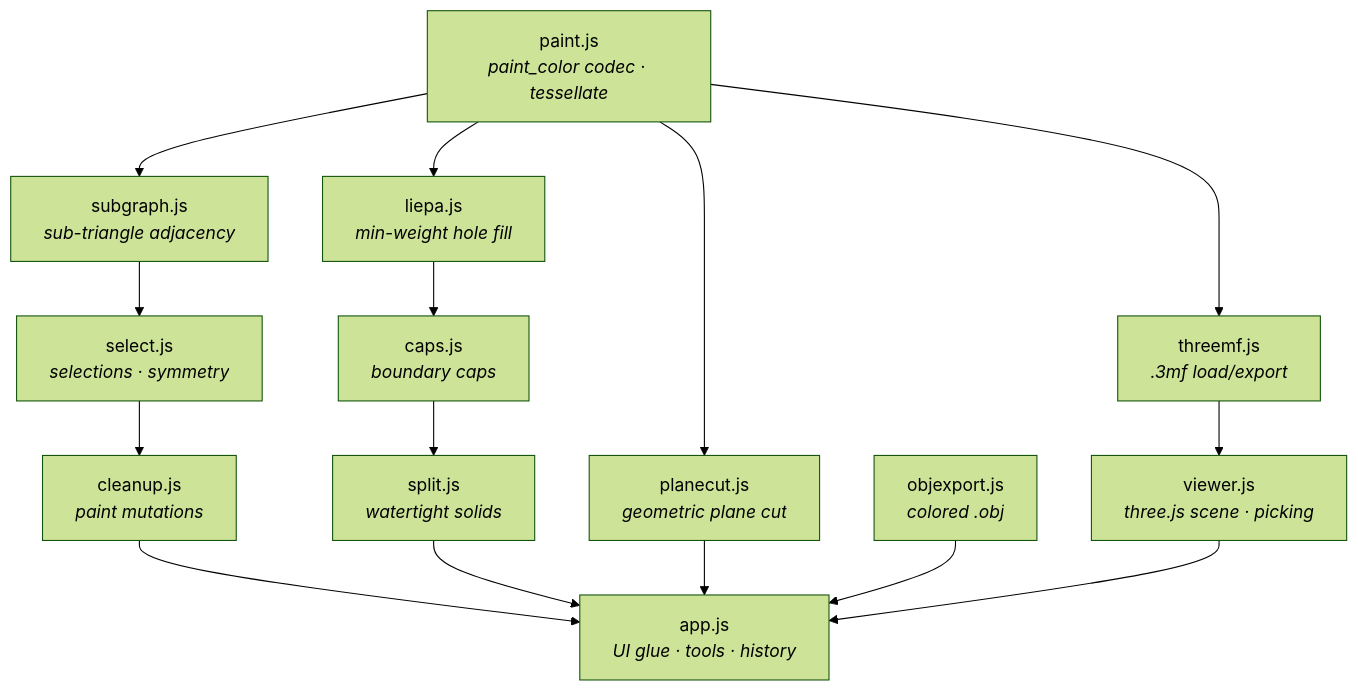
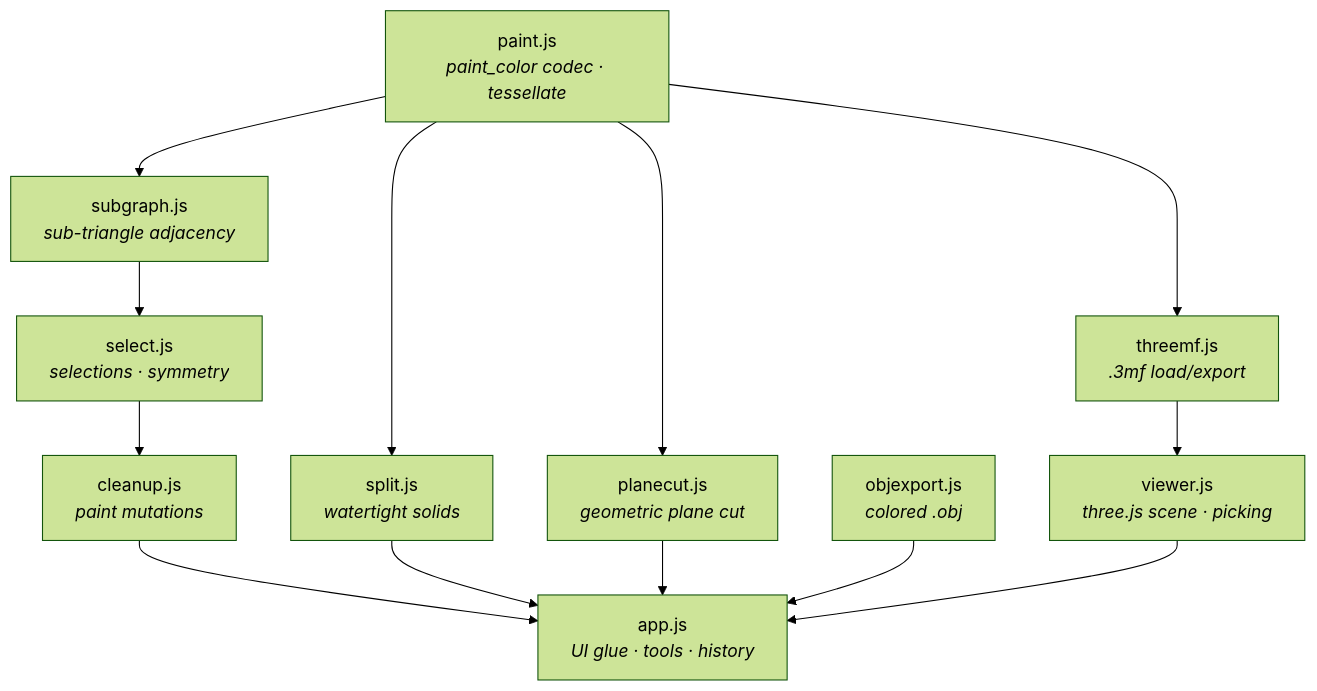
Before and after one commit to KuroTsubasa1/Irodori: the second of 2 diagrams in README.md, drawn with Mermaid (forest theme). The commit also changed other lines of this file and 9 other files, not shown here.

Commit message:
refactor: drop the dead cap pipeline (caps/liepa) and Cap-method UI; docs for the skin plug

````diff
--- a/README.md
+++ b/README.md
@@ -144,27 +144,25 @@
 ```mermaid
 graph TD
     paint["paint.js<br/><i>paint_color codec · tessellate</i>"]
     objexport["objexport.js<br/><i>colored .obj</i>"]
     threemf["threemf.js<br/><i>.3mf load/export</i>"]
     subgraph_["subgraph.js<br/><i>sub-triangle adjacency</i>"]
     select["select.js<br/><i>selections · symmetry</i>"]
     cleanup["cleanup.js<br/><i>paint mutations</i>"]
-    liepa["liepa.js<br/><i>min-weight hole fill</i>"]
-    caps["caps.js<br/><i>boundary caps</i>"]
     split["split.js<br/><i>watertight solids</i>"]
     planecut["planecut.js<br/><i>geometric plane cut</i>"]
     viewer["viewer.js<br/><i>three.js scene · picking</i>"]
     app["app.js<br/><i>UI glue · tools · history</i>"]
 
     paint --> threemf
     paint --> subgraph_
     subgraph_ --> select --> cleanup
-    paint --> liepa --> caps --> split
+    paint --> split
     paint --> planecut
     threemf --> viewer
     cleanup --> app
     split --> app
     planecut --> app
     objexport --> app
     viewer --> app
 ```
````
